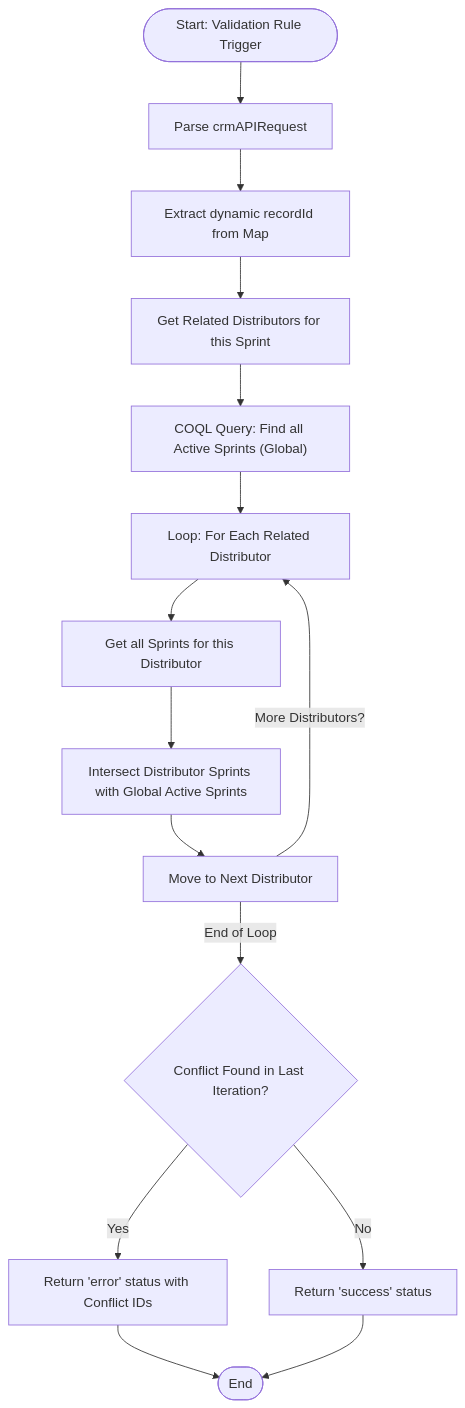
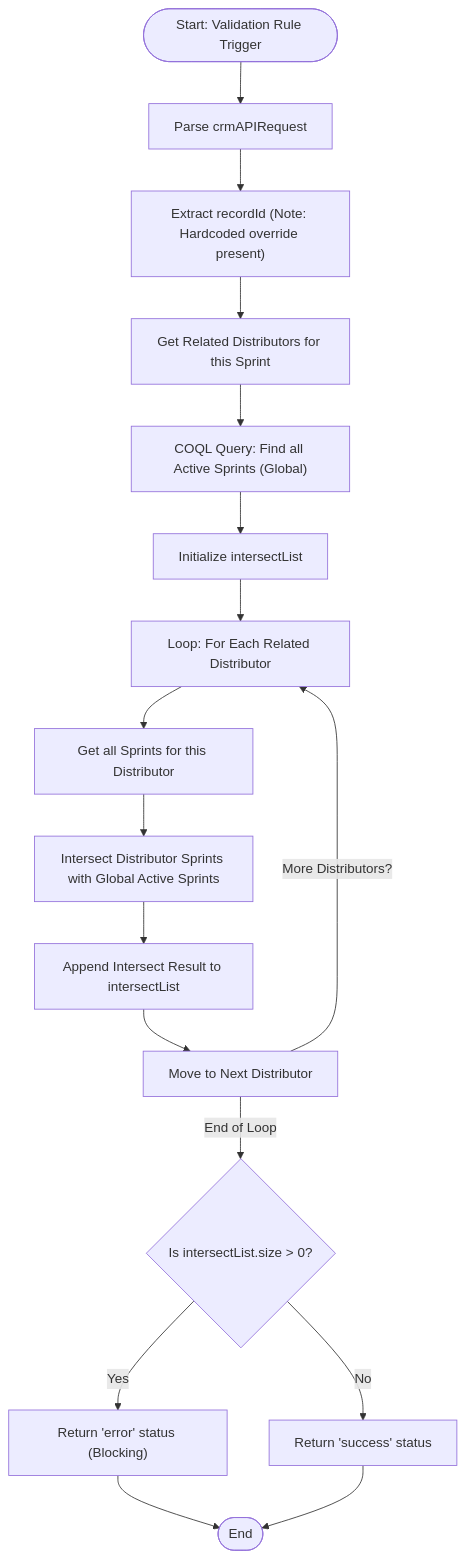
Before and after one commit to martinkp93/zoho-scripts: the diagram in scripts/sendToActiveCampaignLimit/sendToActiveCampaignLimit.md, drawn with Mermaid. The commit also changed other lines of this file, not shown here.

````diff
--- a/scripts/sendToActiveCampaignLimit/sendToActiveCampaignLimit.md
+++ b/scripts/sendToActiveCampaignLimit/sendToActiveCampaignLimit.md
@@ -31,17 +31,19 @@
 ```mermaid
 graph TD
     Start(["Start: Validation Rule Trigger"]) --> Parse["Parse crmAPIRequest"]
-    Parse --> GetID["Extract dynamic recordId from Map"]
+    Parse --> GetID["Extract recordId (Note: Hardcoded override present)"]
     GetID --> GetDistributors["Get Related Distributors for this Sprint"]
     GetDistributors --> COQL["COQL Query: Find all Active Sprints (Global)"]
-    COQL --> LoopDistributors["Loop: For Each Related Distributor"]
+    COQL --> InitList["Initialize intersectList"]
+    InitList --> LoopDistributors["Loop: For Each Related Distributor"]
     LoopDistributors --> GetDistributorSprints["Get all Sprints for this Distributor"]
     GetDistributorSprints --> Intersect["Intersect Distributor Sprints with Global Active Sprints"]
-    Intersect --> NextDistributor["Move to Next Distributor"]
+    Intersect --> Append["Append Intersect Result to intersectList"]
+    Append --> NextDistributor["Move to Next Distributor"]
     NextDistributor -- "More Distributors?" --> LoopDistributors
-    NextDistributor -- "End of Loop" --> FinalCheck{"Conflict Found in Last Iteration?"}
-    FinalCheck -- "Yes" --> Error["Return 'error' status with Conflict IDs"]
+    NextDistributor -- "End of Loop" --> FinalCheck{"Is intersectList.size > 0?"}
+    FinalCheck -- "Yes" --> Error["Return 'error' status (Blocking)"]
     FinalCheck -- "No" --> Success["Return 'success' status"]
     Error --> End(["End"])
     Success --> End
 ```
````
